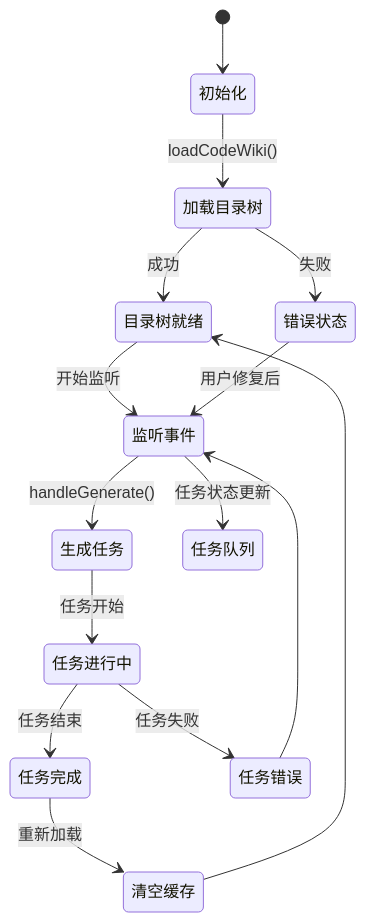
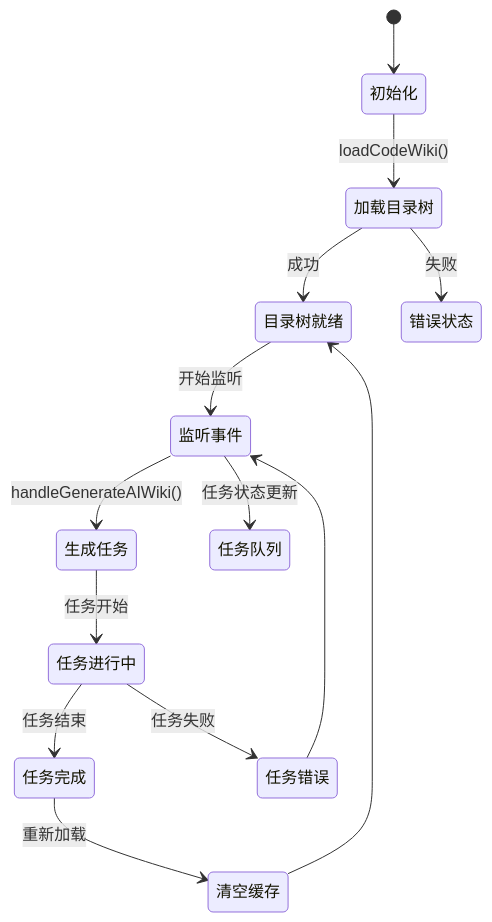
One commit to RabbitAI-Lab/RabbitCoding changed the sixth of 7 diagrams in .qoder/repowiki/zh/content/前端应用架构/知识库页面.md. Above: the diagram before and after it, drawn with Mermaid. The commit also changed other lines of this file and 88 other files, not shown here.

````diff
--- a/.qoder/repowiki/zh/content/前端应用架构/知识库页面.md
+++ b/.qoder/repowiki/zh/content/前端应用架构/知识库页面.md
@@ -242,17 +257,16 @@
 ```mermaid
 stateDiagram-v2
 [*] --> 初始化
 初始化 --> 加载目录树 : loadCodeWiki()
 加载目录树 --> 目录树就绪 : 成功
 加载目录树 --> 错误状态 : 失败
 目录树就绪 --> 监听事件 : 开始监听
-监听事件 --> 生成任务 : handleGenerate()
+监听事件 --> 生成任务 : handleGenerateAIWiki()
 监听事件 --> 任务队列 : 任务状态更新
 生成任务 --> 任务进行中 : 任务开始
 任务进行中 --> 任务完成 : 任务结束
 任务进行中 --> 任务错误 : 任务失败
 任务完成 --> 清空缓存 : 重新加载
 清空缓存 --> 目录树就绪
 任务错误 --> 监听事件
-错误状态 --> 监听事件 : 用户修复后
 ```
````
